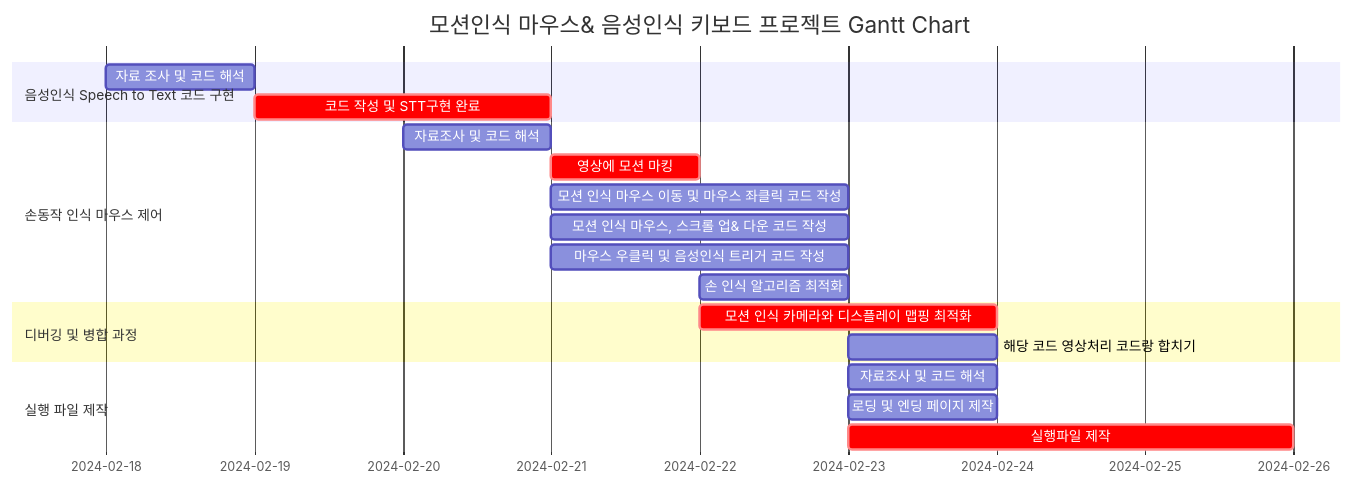
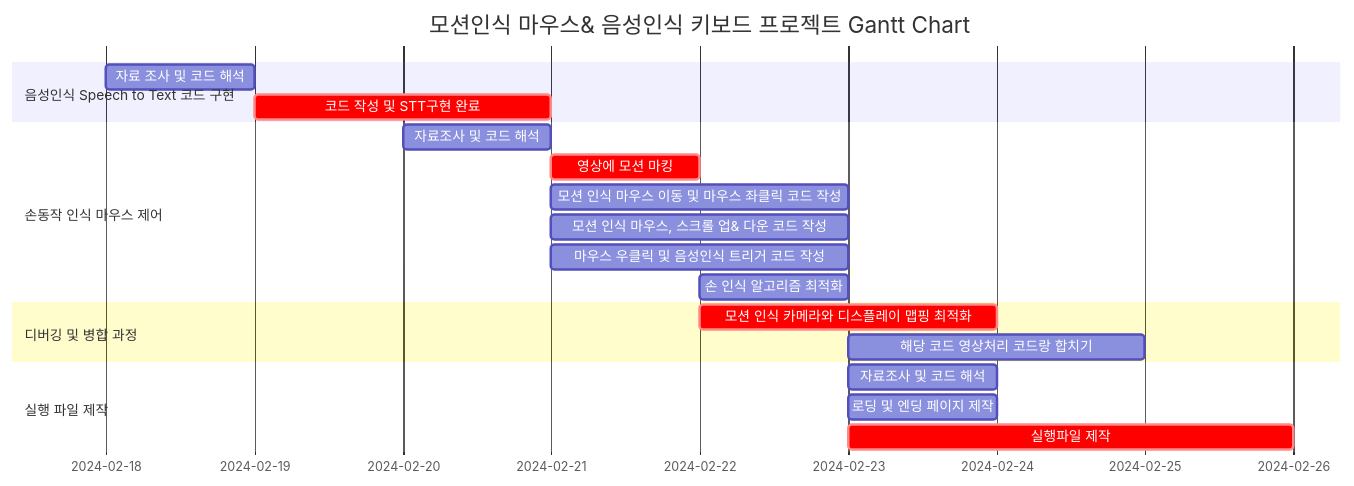
The diagram in README.md (CodeMystero/motionKeyboardMouse), drawn with Mermaid before and after one commit.

````diff
--- a/README.md
+++ b/README.md
@@ -59,26 +59,26 @@
 ```mermaid
 gantt
     dateFormat  MM-DD-YYYY
     title       모션인식 마우스& 음성인식 키보드 프로젝트 Gantt Chart
 	
 	section 음성인식 Speech to Text 코드 구현
 		자료 조사 및 코드 해석 :2024-02-18, 1d
                 코드 작성 및 STT구현 완료  :crit, 2024-02-19, 2d
 	
 	section 손동작 인식 마우스 제어
 		자료조사 및 코드 해석	: 2024-02-20, 1d
 		영상에 모션 마킹  :crit, 2024-02-21, 1d
 		모션 인식 마우스 이동 및 마우스 좌클릭 코드 작성 : 2024-02-21, 2d
 		모션 인식 마우스, 스크롤 업& 다운 코드 작성 : 2024-02-21, 2d
 		마우스 우클릭 및 음성인식 트리거 코드 작성  : 2024-02-21, 2d
 		손 인식 알고리즘 최적화 : 2024-02-22, 1d
 
 	section 디버깅 및 병합 과정
 		모션 인식 카메라와 디스플레이 맵핑 최적화 : crit, 2024-02-22, 2d
-		해당 코드 영상처리 코드랑 합치기 :2024-02-23, 1d
+		해당 코드 영상처리 코드랑 합치기 :2024-02-23, 2d
 
 	section 실행 파일 제작
 		자료조사 및 코드 해석 : 2024-02-23, 1d
 		로딩 및 엔딩 페이지 제작 : 2024-02-23, 1d
 		실행파일 제작 : crit, 2024-02-23, 3d
 ```
````
